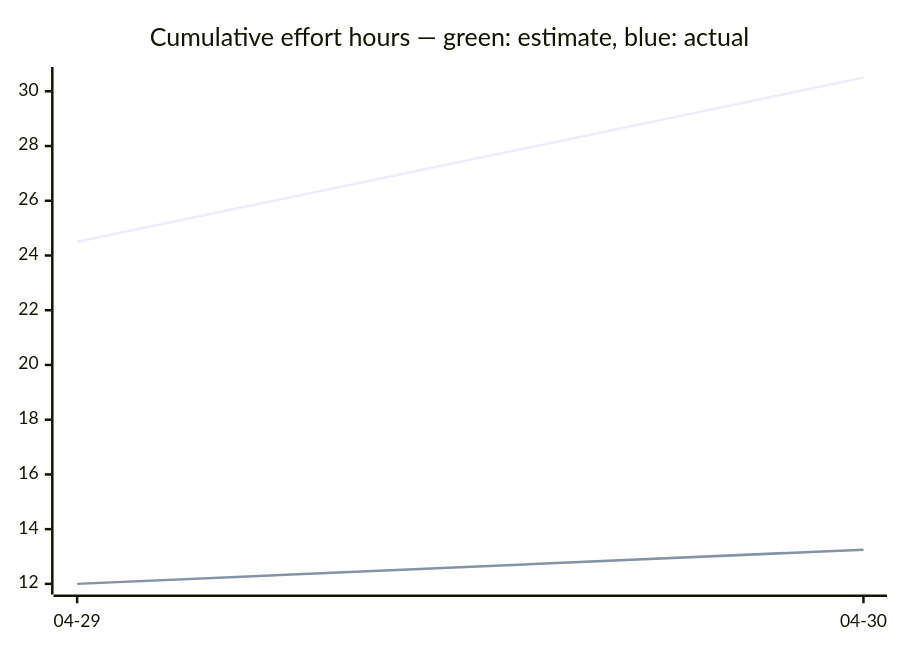
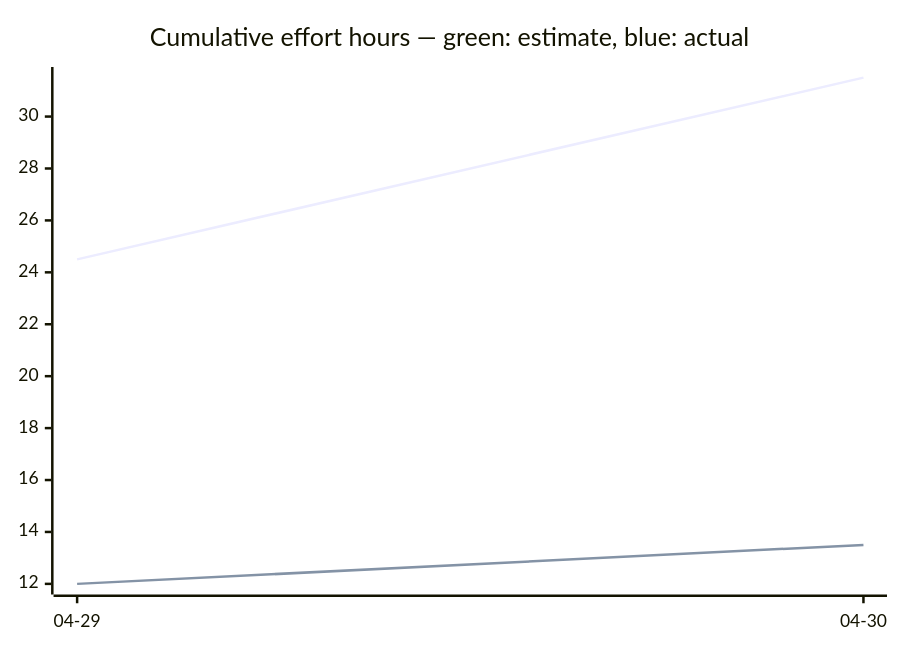
Before and after one commit to tgd1975/AwesomeStudioPedal: the third of 3 diagrams in docs/developers/tasks/OVERVIEW.md, drawn with Mermaid. The commit also changed other lines of this file and 9 other files, not shown here.

````diff
--- a/docs/developers/tasks/OVERVIEW.md
+++ b/docs/developers/tasks/OVERVIEW.md
@@ -38,7 +38,7 @@
 ```mermaid
 xychart-beta
     title "Cumulative effort hours — green: estimate, blue: actual"
     x-axis ["04-29", "04-30"]
-    line [24.5, 30.5]
-    line [12, 13.25]
+    line [24.5, 31.5]
+    line [12, 13.5]
 ```
````
